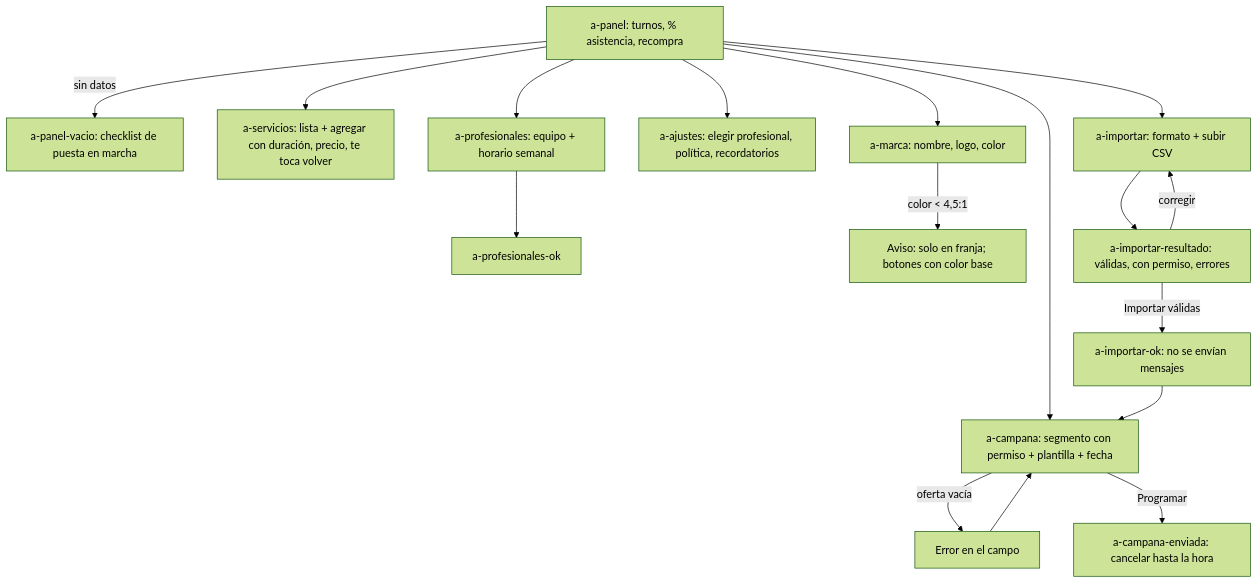
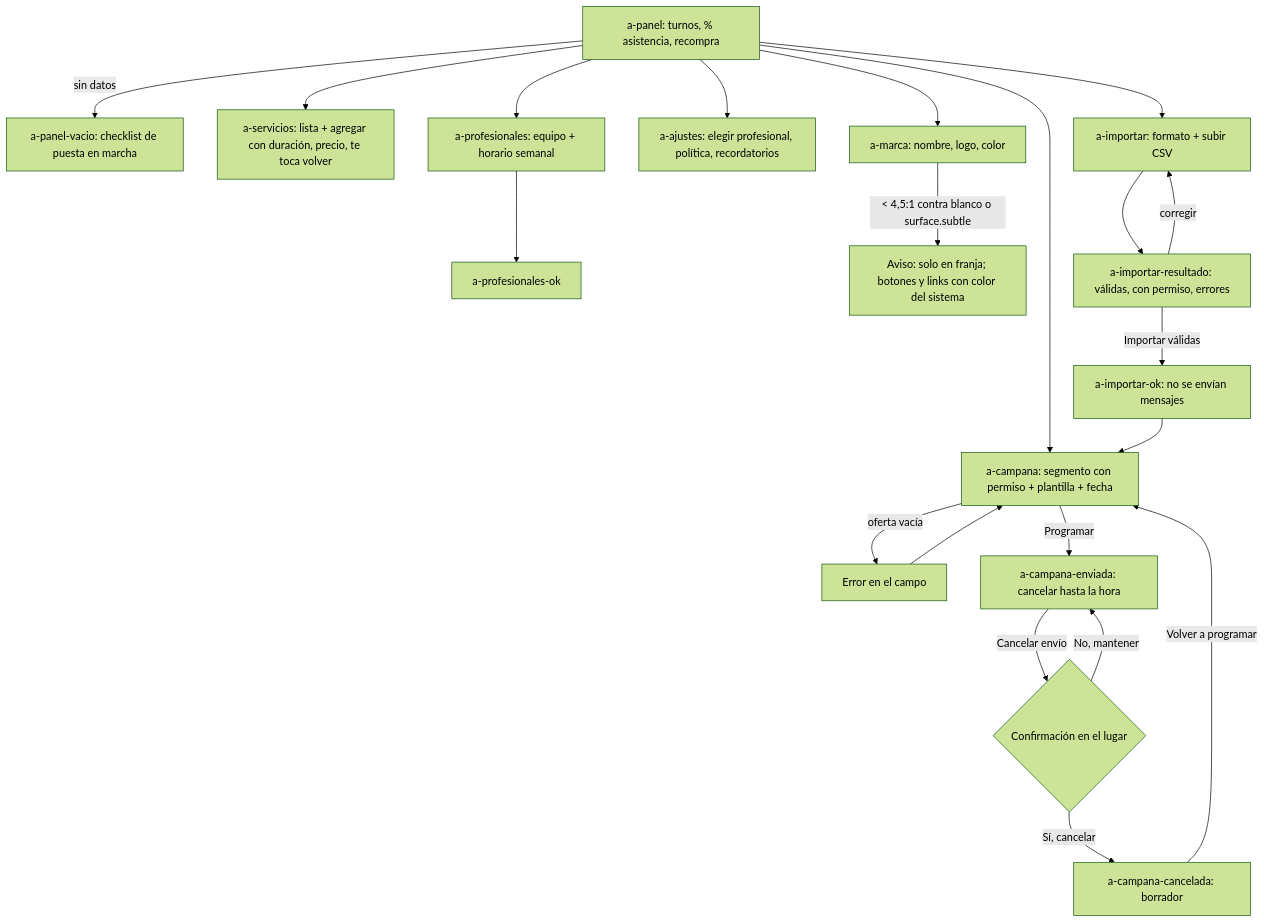
Before and after one commit to gm2dev/coop-agents-design: the eighth of 8 diagrams in initiatives/spa-reservas-mvp/flows.md, drawn with Mermaid (forest theme). The commit also changed other lines of this file and 44 other files, not shown here.

````diff
--- a/initiatives/spa-reservas-mvp/flows.md
+++ b/initiatives/spa-reservas-mvp/flows.md
@@ -114,16 +119,19 @@
 ```mermaid
 flowchart TD
   P[a-panel: turnos, % asistencia, recompra] -->|sin datos| V[a-panel-vacio: checklist de puesta en marcha]
   P --> SV[a-servicios: lista + agregar con duración, precio, te toca volver]
   P --> PR[a-profesionales: equipo + horario semanal] --> PRO[a-profesionales-ok]
   P --> AJ[a-ajustes: elegir profesional, política, recordatorios]
   P --> MA[a-marca: nombre, logo, color]
-  MA -->|color < 4,5:1| MA1[Aviso: solo en franja; botones con color base]
+  MA -->|< 4,5:1 contra blanco o surface.subtle| MA1[Aviso: solo en franja; botones y links con color del sistema]
   P --> CA[a-campana: segmento con permiso + plantilla + fecha]
   CA -->|oferta vacía| CA1[Error en el campo] --> CA
   CA -->|Programar| CAO[a-campana-enviada: cancelar hasta la hora]
+  CAO -->|Cancelar envío| CC{Confirmación en el lugar}
+  CC -->|No, mantener| CAO
+  CC -->|Sí, cancelar| CAX[a-campana-cancelada: borrador] -->|Volver a programar| CA
   P --> IM[a-importar: formato + subir CSV] --> IR[a-importar-resultado: válidas, con permiso, errores]
   IR -->|Importar válidas| IO[a-importar-ok: no se envían mensajes]
   IR -->|corregir| IM
   IO --> CA
 ```
````
